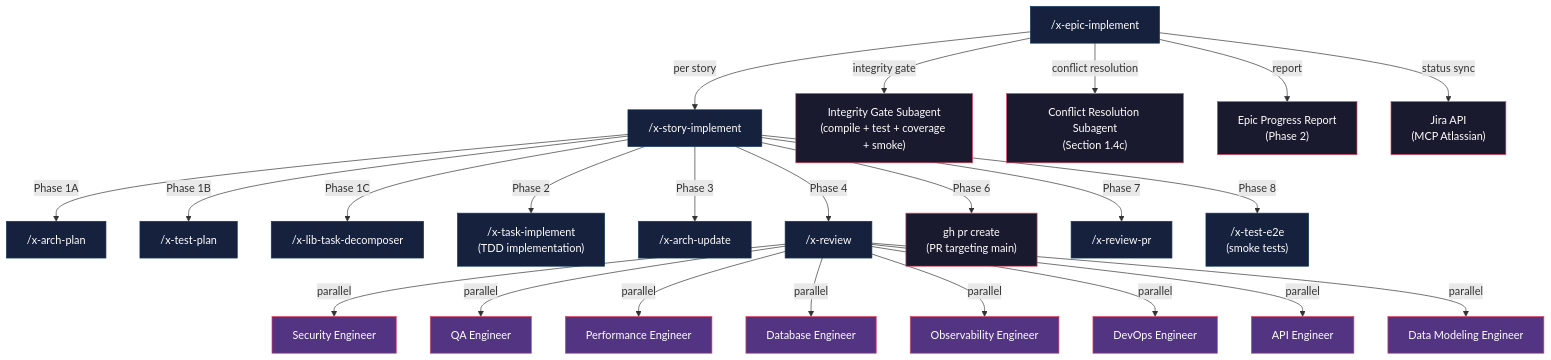
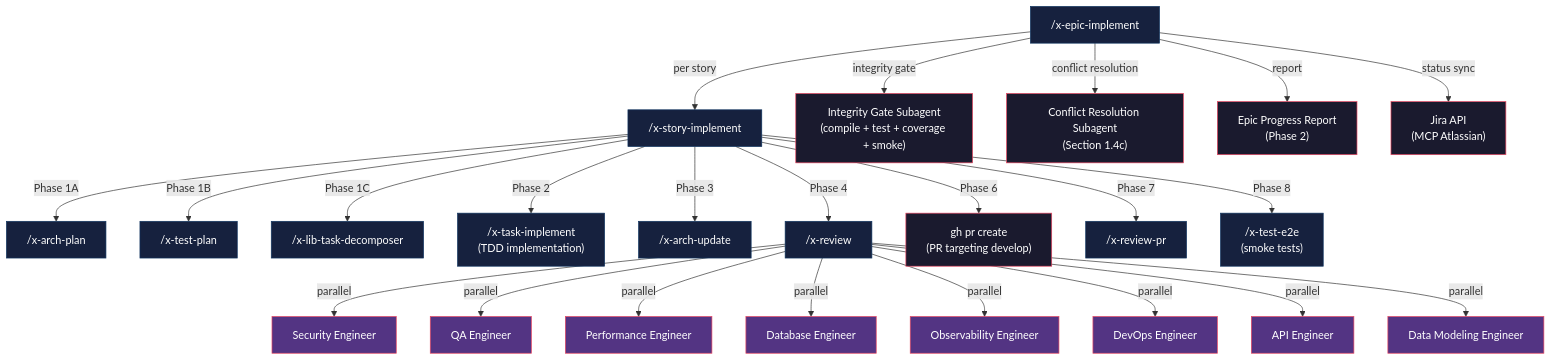
Before and after one commit to edercnj/ia-dev-environment: the fourth of 8 diagrams in java/src/test/resources/golden/java-spring-elasticsearch/.claude/skills/x-epic-implement/README.md, drawn with Mermaid. The commit also changed 42 other files, not shown here.

````diff
--- a/java/src/test/resources/golden/java-spring-elasticsearch/.claude/skills/x-epic-implement/README.md
+++ b/java/src/test/resources/golden/java-spring-elasticsearch/.claude/skills/x-epic-implement/README.md
@@ -210,36 +210,36 @@
 ```mermaid
 graph TD
     EPIC["/x-epic-implement"] -->|per story| LIFE["/x-story-implement"]
 
     LIFE -->|Phase 1A| ARCH["/x-arch-plan"]
     LIFE -->|Phase 1B| TEST["/x-test-plan"]
     LIFE -->|Phase 1C| TASK["/x-lib-task-decomposer"]
     LIFE -->|Phase 2| IMPL["/x-task-implement<br/>(TDD implementation)"]
     LIFE -->|Phase 3| ARCHUP["/x-arch-update"]
     LIFE -->|Phase 4| REVIEW["/x-review"]
-    LIFE -->|Phase 6| PR["gh pr create<br/>(PR targeting main)"]
+    LIFE -->|Phase 6| PR["gh pr create<br/>(PR targeting develop)"]
     LIFE -->|Phase 7| LTREVIEW["/x-review-pr"]
     LIFE -->|Phase 8| E2E["/x-test-e2e<br/>(smoke tests)"]
 
     REVIEW -->|parallel| S1["Security Engineer"]
     REVIEW -->|parallel| S2["QA Engineer"]
     REVIEW -->|parallel| S3["Performance Engineer"]
     REVIEW -->|parallel| S4["Database Engineer"]
     REVIEW -->|parallel| S5["Observability Engineer"]
     REVIEW -->|parallel| S6["DevOps Engineer"]
     REVIEW -->|parallel| S7["API Engineer"]
     REVIEW -->|parallel| S8["Data Modeling Engineer"]
 
     EPIC -->|integrity gate| GATE["Integrity Gate Subagent<br/>(compile + test + coverage + smoke)"]
     EPIC -->|conflict resolution| CONFLICT["Conflict Resolution Subagent<br/>(Section 1.4c)"]
     EPIC -->|report| REPORT["Epic Progress Report<br/>(Phase 2)"]
     EPIC -->|status sync| JIRA["Jira API<br/>(MCP Atlassian)"]
 
     classDef skill fill:#16213e,stroke:#0f3460,color:#fff
     classDef specialist fill:#533483,stroke:#e94560,color:#fff
     classDef infra fill:#1a1a2e,stroke:#e94560,color:#fff
 
     class EPIC,LIFE,ARCH,TEST,TASK,IMPL,ARCHUP,REVIEW,LTREVIEW,E2E skill
     class S1,S2,S3,S4,S5,S6,S7,S8 specialist
     class PR,GATE,CONFLICT,REPORT,JIRA infra
 ```
````
